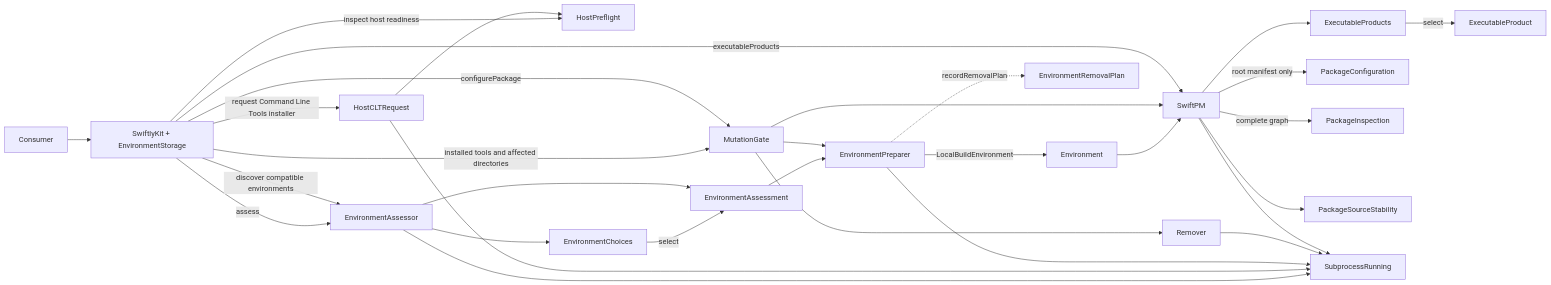
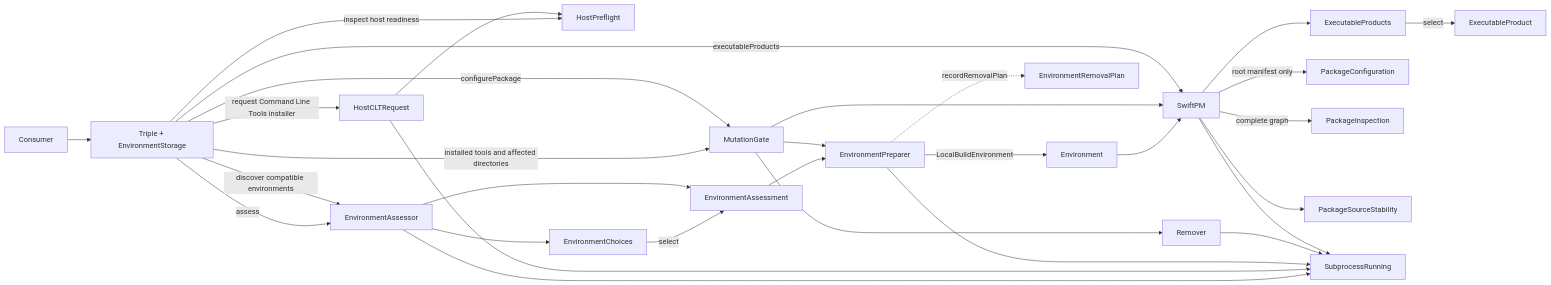
The diagram in Documentation/Architecture.md (mottzi/SwiftlyKit), drawn with Mermaid before and after one commit. The commit also changed other lines of this file and 261 other files, not shown here.

Commit message:
Rebrand SwiftlyKit library as Triple

````diff
--- a/Documentation/Architecture.md
+++ b/Documentation/Architecture.md
@@ -8,32 +8,32 @@
 ```mermaid
 flowchart LR
-    Consumer --> Facade[SwiftlyKit + EnvironmentStorage]
+    Consumer --> Facade[Triple + EnvironmentStorage]
     Facade -->|inspect host readiness| Preflight[HostPreflight]
     Facade -->|request Command Line Tools installer| Requester[HostCLTRequest]
     Requester --> Preflight
     Facade -->|assess| Assessor[EnvironmentAssessor]
     Facade -->|discover compatible environments| Assessor
     Assessor --> Choices[EnvironmentChoices]
     Choices -->|select| Assessment
     Assessor --> Assessment[EnvironmentAssessment]
     Assessment --> Preparer[EnvironmentPreparer]
     Preparer -->|LocalBuildEnvironment| Environment
     Preparer -.->|recordRemovalPlan| RemovalPlan[EnvironmentRemovalPlan]
     Environment --> SwiftPM
     SwiftPM --> Products[ExecutableProducts]
     SwiftPM -->|root manifest only| Configuration[PackageConfiguration]
     SwiftPM -->|complete graph| Inspection[PackageInspection]
     Products -->|select| Product[ExecutableProduct]
     SwiftPM --> Stability[PackageSourceStability]
     Facade -->|installed tools and affected directories| Gate[MutationGate]
     Gate --> Preparer
     Gate --> Remover
     Gate --> SwiftPM
     Facade -->|executableProducts| SwiftPM
     Facade -->|configurePackage| Gate
     Assessor --> Subprocess[SubprocessRunning]
     Requester --> Subprocess
     Preparer --> Subprocess
     Remover --> Subprocess
     SwiftPM --> Subprocess
 ```
````
